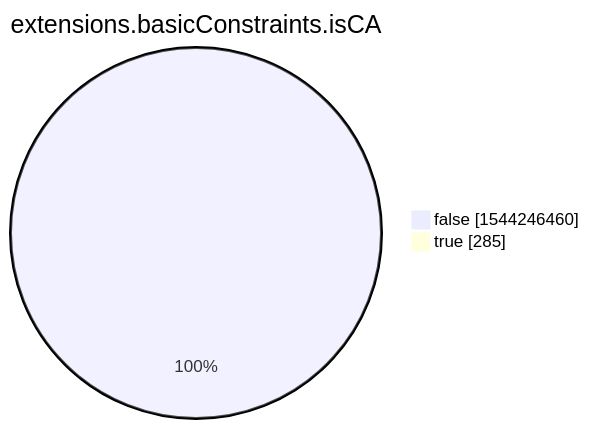
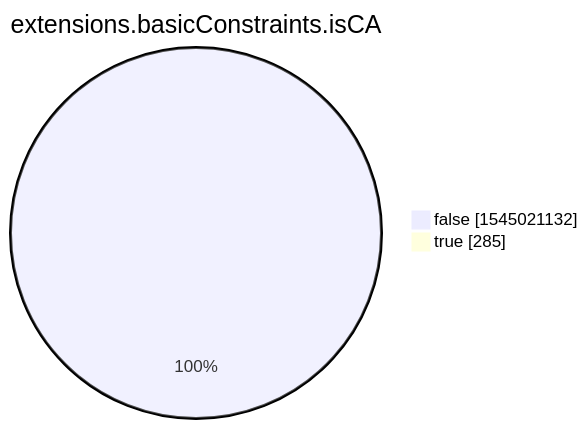
One commit to christiankrug/ctmonitor_visualization changed the eighth of 15 diagrams in xenon2022/README.md. Above: the diagram before and after it, drawn with Mermaid. The commit also changed other lines of this file, not shown here.

````diff
--- a/xenon2022/README.md
+++ b/xenon2022/README.md
@@ -2859,6 +2859,6 @@
 ```mermaid
 pie showData
 title extensions.basicConstraints.isCA
-"false" :1544246460
+"false" :1545021132
 "true" :285
 ```
````
